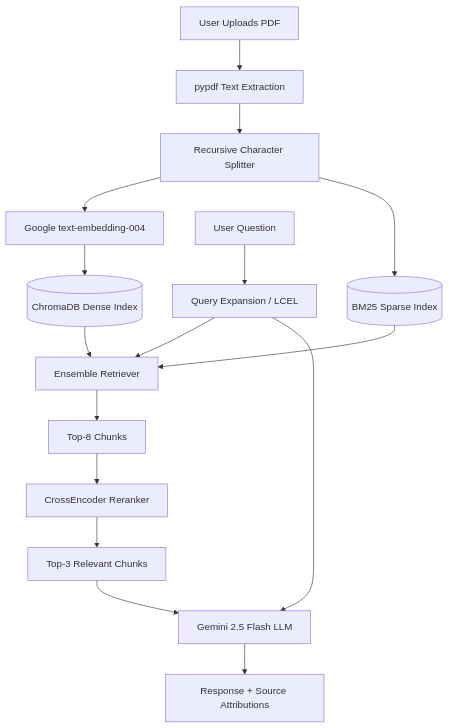
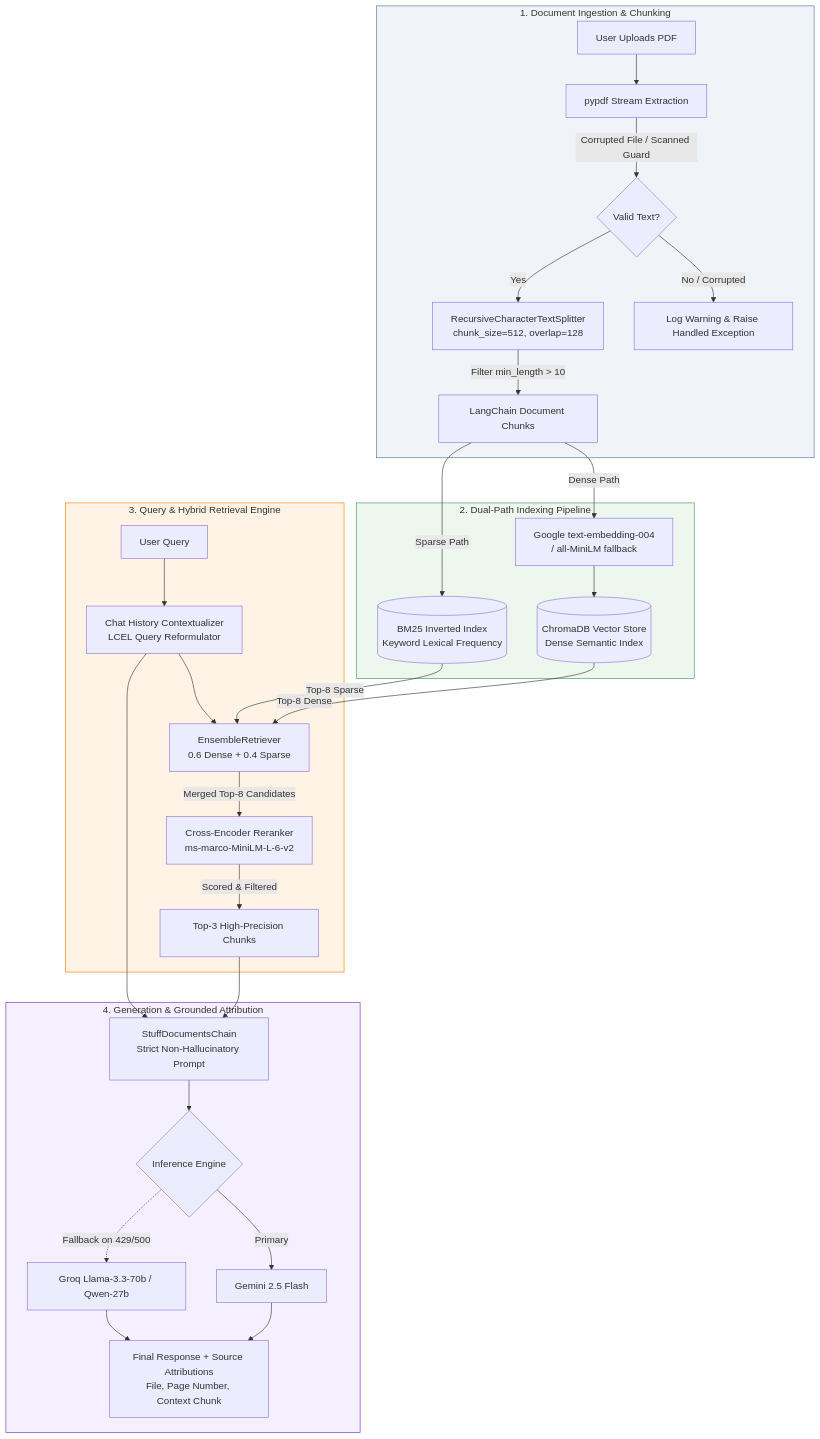
Before and after one commit to Bhushan-git20/pdf-rag-chatbot: the diagram in README.md, drawn with Mermaid. The commit also changed other lines of this file and 13 other files, not shown here.

````diff
--- a/README.md
+++ b/README.md
@@ -81,19 +68,40 @@
 ```mermaid
-graph TD
-    A[User Uploads PDF] --> B[pypdf Text Extraction]
-    B --> C[Recursive Character Splitter]
-    C --> D[Google text-embedding-004]
-    D --> E[(ChromaDB Dense Index)]
-    C --> BM[(BM25 Sparse Index)]
-    
-    F[User Question] --> QE[Query Expansion / LCEL]
-    QE --> G[Ensemble Retriever]
-    E --> G
-    BM --> G
-    G --> H[Top-8 Chunks]
-    H --> CR[CrossEncoder Reranker]
-    CR --> I[Top-3 Relevant Chunks]
-    I --> J[Gemini 2.5 Flash LLM]
-    QE --> J
-    J --> K[Response + Source Attributions]
+flowchart TD
+    subgraph Ingestion["1. Document Ingestion & Chunking"]
+        A[User Uploads PDF] --> B[pypdf Stream Extraction]
+        B -->|Corrupted File / Scanned Guard| C{Valid Text?}
+        C -->|No / Corrupted| C1[Log Warning & Raise Handled Exception]
+        C -->|Yes| D[RecursiveCharacterTextSplitter<br/>chunk_size=512, overlap=128]
+        D -->|Filter min_length > 10| E[LangChain Document Chunks]
+    end
+
+    subgraph DualIndexing["2. Dual-Path Indexing Pipeline"]
+        E -->|Dense Path| F[Google text-embedding-004<br/>/ all-MiniLM fallback]
+        F --> G[(ChromaDB Vector Store<br/>Dense Semantic Index)]
+        E -->|Sparse Path| H[(BM25 Inverted Index<br/>Keyword Lexical Frequency)]
+    end
+
+    subgraph RetrievalEngine["3. Query & Hybrid Retrieval Engine"]
+        Q[User Query] --> QA[Chat History Contextualizer<br/>LCEL Query Reformulator]
+        QA --> IR[EnsembleRetriever<br/>0.6 Dense + 0.4 Sparse]
+        G -->|Top-8 Dense| IR
+        H -->|Top-8 Sparse| IR
+        IR -->|Merged Top-8 Candidates| CE[Cross-Encoder Reranker<br/>ms-marco-MiniLM-L-6-v2]
+        CE -->|Scored & Filtered| TOP3[Top-3 High-Precision Chunks]
+    end
+
+    subgraph GenerationAttribution["4. Generation & Grounded Attribution"]
+        TOP3 --> COMB[StuffDocumentsChain<br/>Strict Non-Hallucinatory Prompt]
+        QA --> COMB
+        COMB --> LLM{Inference Engine}
+        LLM -->|Primary| GEM[Gemini 2.5 Flash]
+        LLM -.->|Fallback on 429/500| GROQ[Groq Llama-3.3-70b / Qwen-27b]
+        GEM --> OUT[Final Response + Source Attributions<br/>File, Page Number, Context Chunk]
+        GROQ --> OUT
+    end
+
+    style Ingestion fill:#f0f4f8,stroke:#4a6fa5,stroke-width:1px
+    style DualIndexing fill:#eef7ee,stroke:#40916c,stroke-width:1px
+    style RetrievalEngine fill:#fff3e6,stroke:#f77f00,stroke-width:1px
+    style GenerationAttribution fill:#f5f0ff,stroke:#7b2cbf,stroke-width:1px
 ```
````
